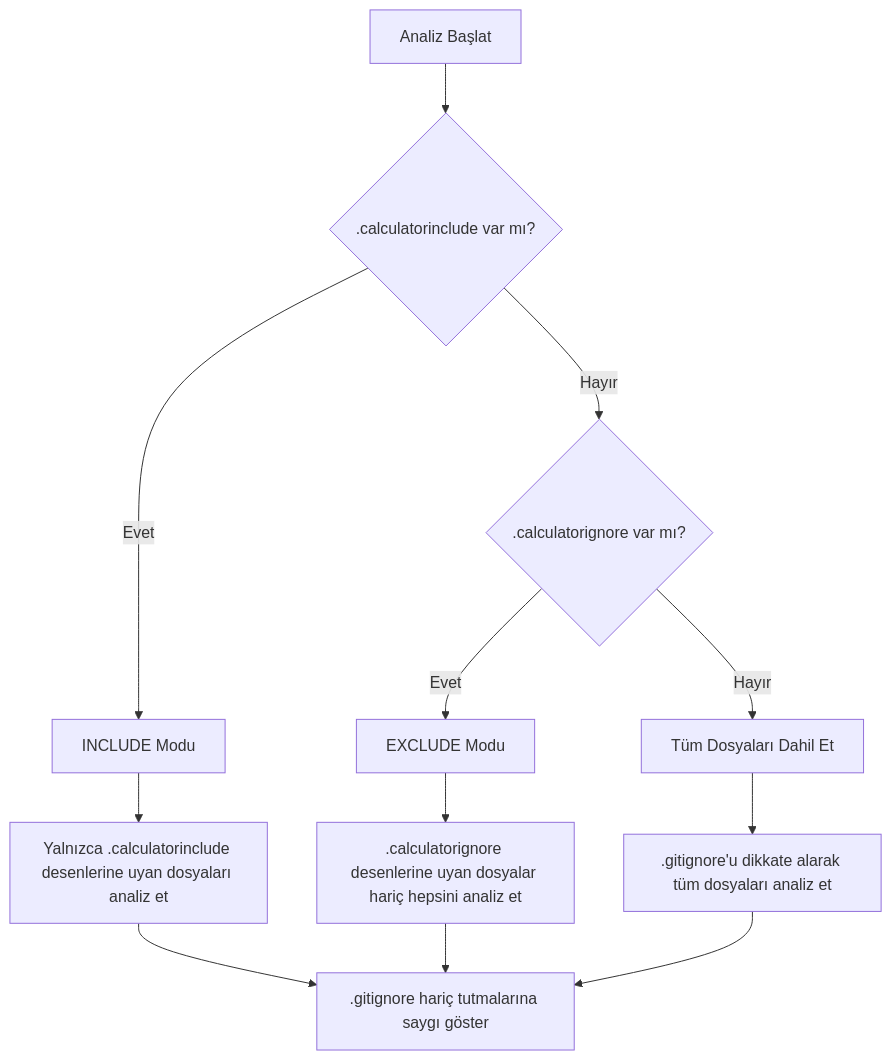
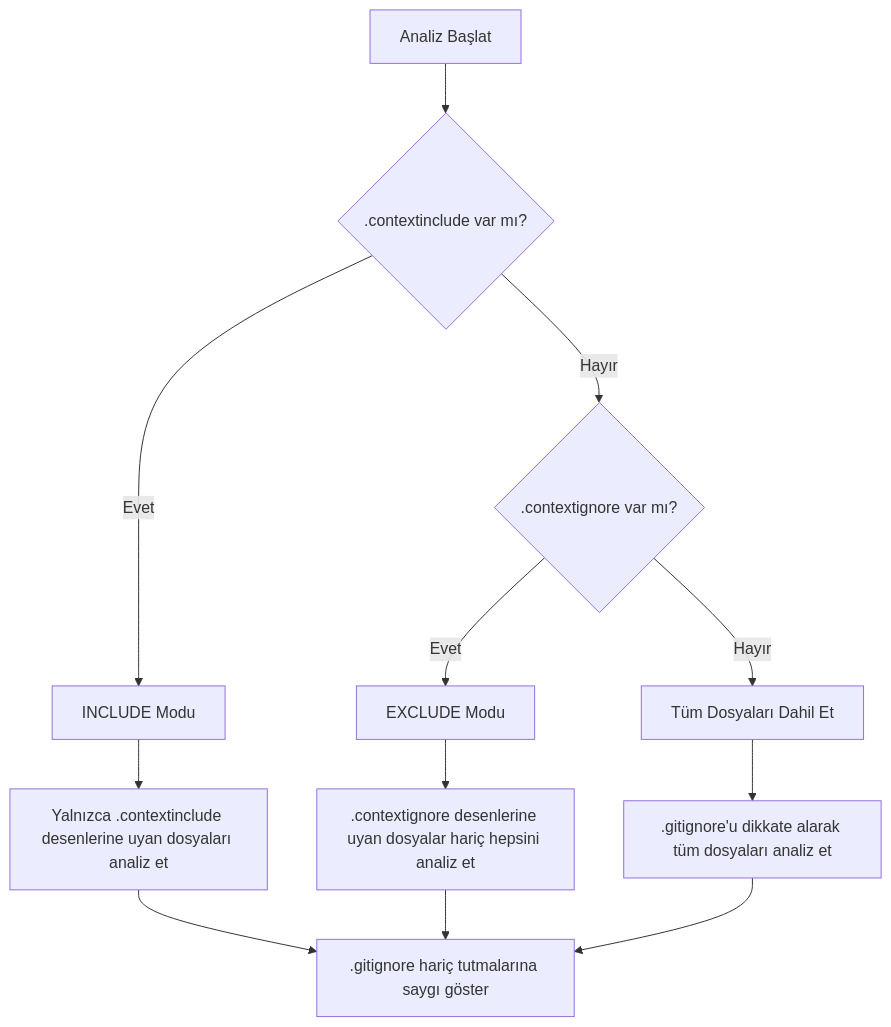
Before and after one commit to hakkisagdic/context-manager: the first of 5 diagrams in docs/content-tr/Gelismis-Yapilandirma.md, drawn with Mermaid. The commit also changed other lines of this file and 93 other files, not shown here.

````diff
--- a/docs/content-tr/Gelismis-Yapilandirma.md
+++ b/docs/content-tr/Gelismis-Yapilandirma.md
@@ -38,14 +38,14 @@
 ```mermaid
 graph TD
-A[Analiz Başlat] --> B{.calculatorinclude var mı?}
+A[Analiz Başlat] --> B{.contextinclude var mı?}
 B --> |Evet| C[INCLUDE Modu]
-B --> |Hayır| D{.calculatorignore var mı?}
+B --> |Hayır| D{.contextignore var mı?}
 D --> |Evet| E[EXCLUDE Modu]
 D --> |Hayır| F[Tüm Dosyaları Dahil Et]
-C --> G[Yalnızca .calculatorinclude desenlerine uyan dosyaları analiz et]
-E --> H[.calculatorignore desenlerine uyan dosyalar hariç hepsini analiz et]
+C --> G[Yalnızca .contextinclude desenlerine uyan dosyaları analiz et]
+E --> H[.contextignore desenlerine uyan dosyalar hariç hepsini analiz et]
 F --> I[.gitignore'u dikkate alarak tüm dosyaları analiz et]
 G --> J[.gitignore hariç tutmalarına saygı göster]
 H --> J
 I --> J
 ```
````
